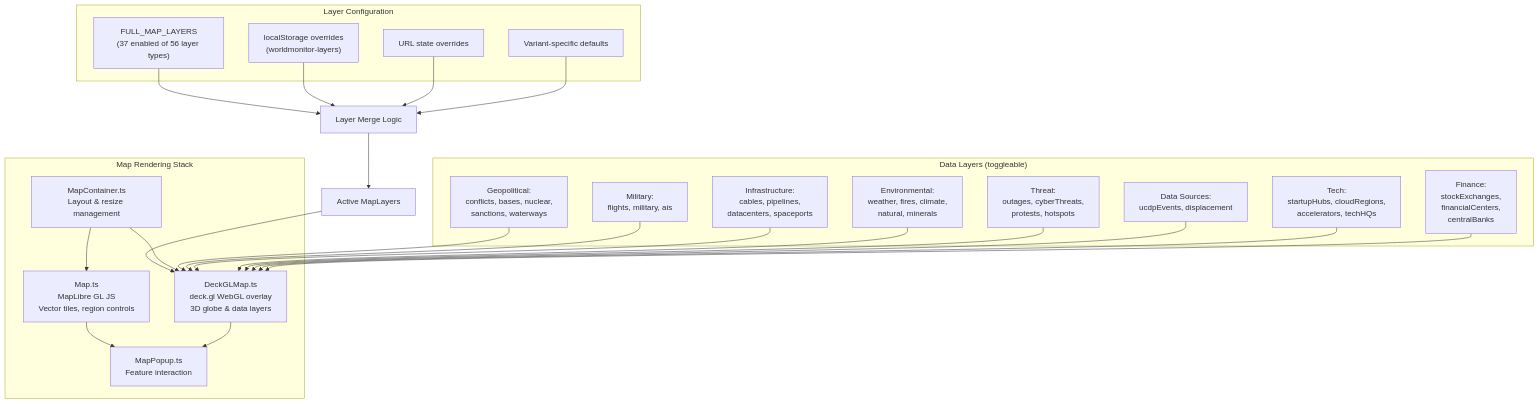
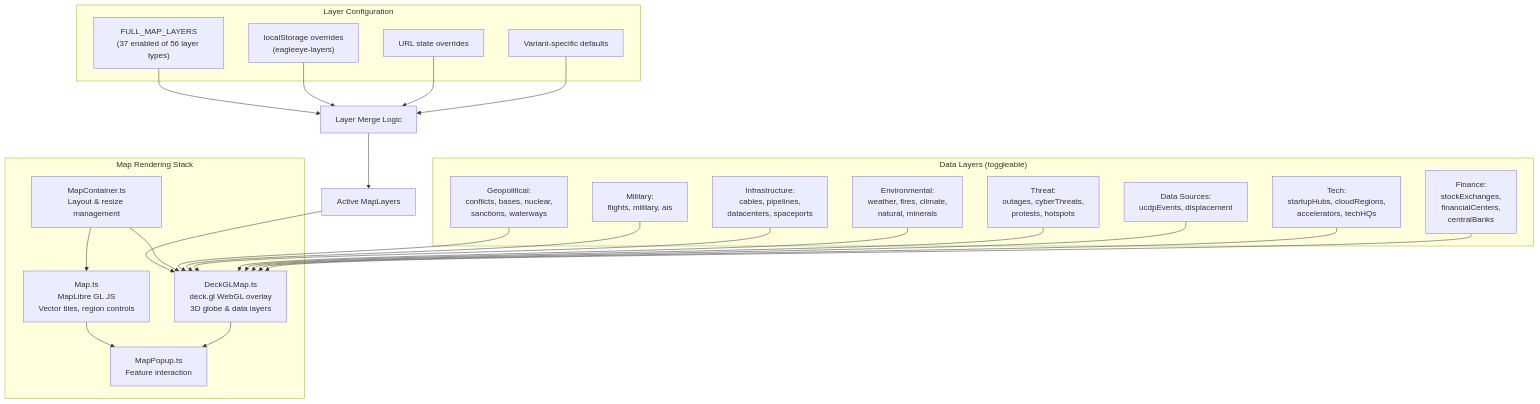
The fifth of 9 diagrams in docs/Docs_To_Review/ARCHITECTURE.md (hiatech/eagle-eye), drawn with Mermaid before and after one commit. The commit also changed other lines of this file and 3356 other files, not shown here.

````diff
--- a/docs/Docs_To_Review/ARCHITECTURE.md
+++ b/docs/Docs_To_Review/ARCHITECTURE.md
@@ -431,48 +431,48 @@
 ```mermaid
 graph TD
     subgraph MapStack["Map Rendering Stack"]
         Container["MapContainer.ts<br/>Layout & resize management"]
         BaseMap["Map.ts<br/>MapLibre GL JS<br/>Vector tiles, region controls"]
         DeckGL["DeckGLMap.ts<br/>deck.gl WebGL overlay<br/>3D globe & data layers"]
         Popup["MapPopup.ts<br/>Feature interaction"]
     end
 
     subgraph LayerConfig["Layer Configuration"]
         Defaults["FULL_MAP_LAYERS<br/>(37 enabled of 56 layer types)"]
-        UserPref["localStorage overrides<br/>(worldmonitor-layers)"]
+        UserPref["localStorage overrides<br/>(eagleeye-layers)"]
         URLState["URL state overrides"]
         Variant["Variant-specific defaults"]
     end
 
     subgraph DataLayers["Data Layers (toggleable)"]
         Geo["Geopolitical:<br/>conflicts, bases, nuclear,<br/>sanctions, waterways"]
         Military["Military:<br/>flights, military, ais"]
         Infra["Infrastructure:<br/>cables, pipelines,<br/>datacenters, spaceports"]
         Environmental["Environmental:<br/>weather, fires, climate,<br/>natural, minerals"]
         Threat["Threat:<br/>outages, cyberThreats,<br/>protests, hotspots"]
         Data["Data Sources:<br/>ucdpEvents, displacement"]
         TechLayers["Tech:<br/>startupHubs, cloudRegions,<br/>accelerators, techHQs"]
         FinanceLayers["Finance:<br/>stockExchanges,<br/>financialCenters,<br/>centralBanks"]
     end
 
     Defaults --> Merge["Layer Merge Logic"]
     UserPref --> Merge
     URLState --> Merge
     Variant --> Merge
     Merge --> ActiveLayers["Active MapLayers"]
 
     ActiveLayers --> DeckGL
     Container --> BaseMap
     Container --> DeckGL
     BaseMap --> Popup
     DeckGL --> Popup
 
     Geo --> DeckGL
     Military --> DeckGL
     Infra --> DeckGL
     Environmental --> DeckGL
     Threat --> DeckGL
     Data --> DeckGL
     TechLayers --> DeckGL
     FinanceLayers --> DeckGL
 ```
````
